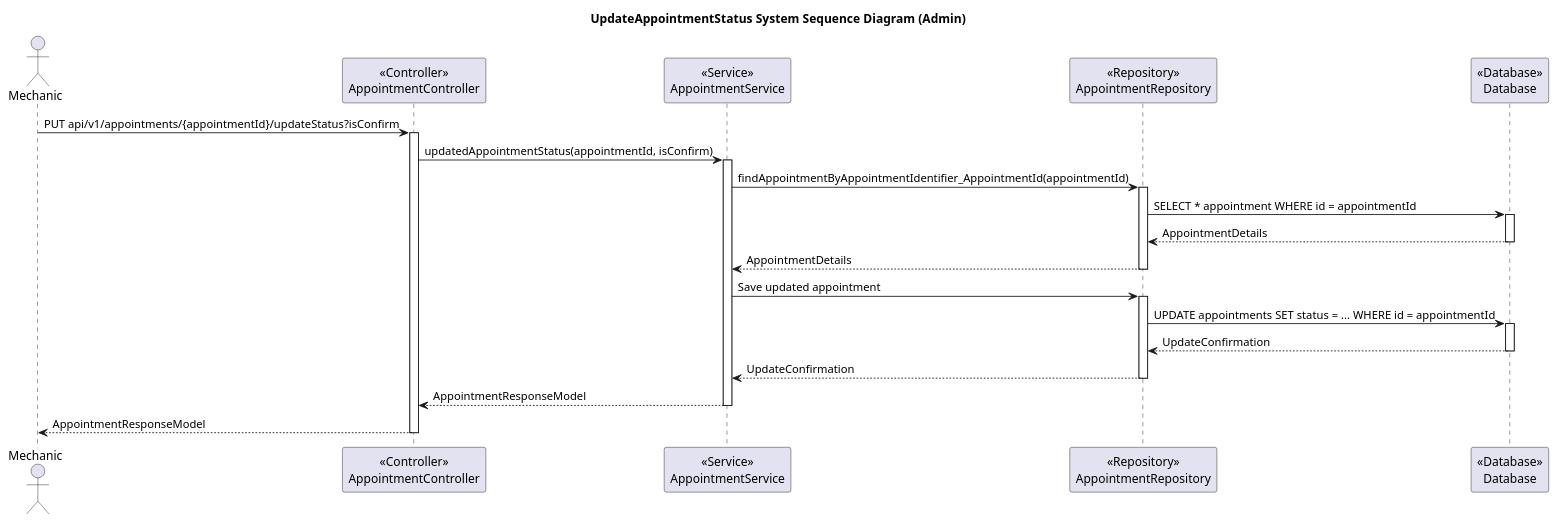
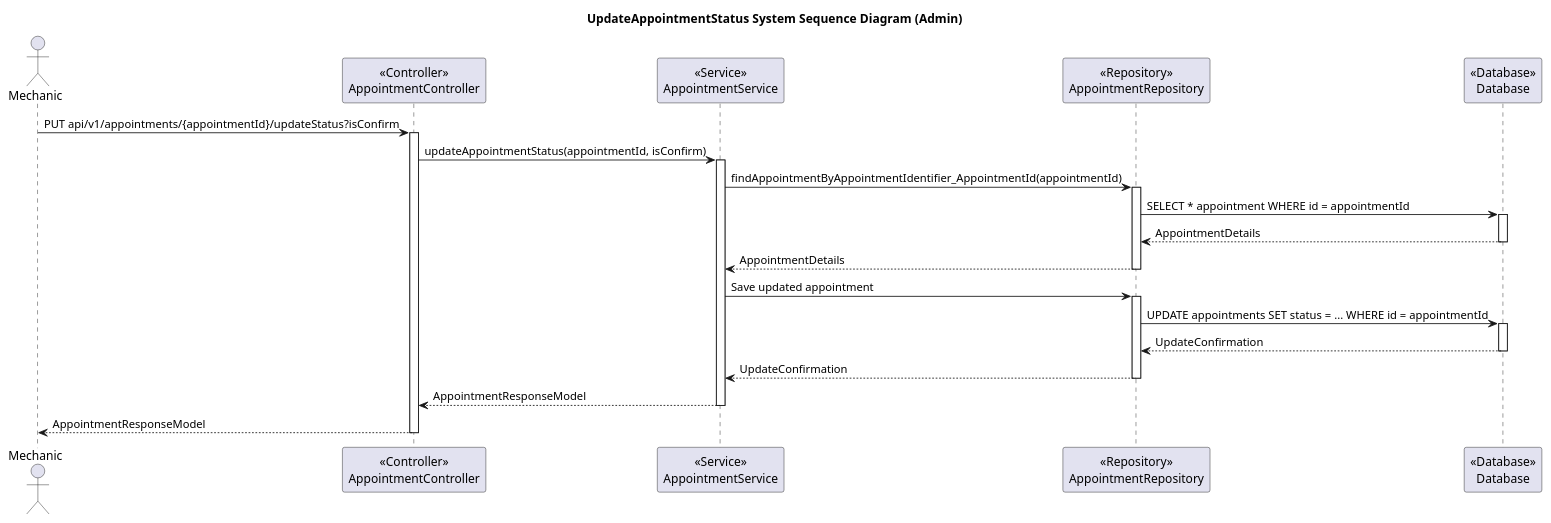
Before and after one commit to Iantomasi/ateliermecanique-ws: the diagram in diagrams/1-mechanic/Appointments/UpdateAppointmentStatus/1-UpdateAppointmentStatusSystemSequenceDiagram.puml, drawn with PlantUML. The commit also changed 52 other files, not shown here.

```diff
--- a/diagrams/1-mechanic/Appointments/UpdateAppointmentStatus/1-UpdateAppointmentStatusSystemSequenceDiagram.puml
+++ b/diagrams/1-mechanic/Appointments/UpdateAppointmentStatus/1-UpdateAppointmentStatusSystemSequenceDiagram.puml
@@ -1,46 +1,46 @@
 @startuml
 title UpdateAppointmentStatus System Sequence Diagram (Admin)
 
 actor Mechanic
 
 participant AppointmentController as "<<Controller>>\nAppointmentController"
 participant AppointmentService as "<<Service>>\nAppointmentService"
 participant AppointmentRepository as "<<Repository>>\nAppointmentRepository"
 participant Database as "<<Database>>\nDatabase"
 
 Mechanic -> AppointmentController: PUT api/v1/appointments/{appointmentId}/updateStatus?isConfirm
 activate AppointmentController
 
-AppointmentController -> AppointmentService: updatedAppointmentStatus(appointmentId, isConfirm)
+AppointmentController -> AppointmentService: updateAppointmentStatus(appointmentId, isConfirm)
 activate AppointmentService
 
 AppointmentService -> AppointmentRepository: findAppointmentByAppointmentIdentifier_AppointmentId(appointmentId)
 activate AppointmentRepository
 
 AppointmentRepository -> Database: SELECT * appointment WHERE id = appointmentId
 activate Database
 
 Database --> AppointmentRepository: AppointmentDetails
 deactivate Database
 
 AppointmentRepository --> AppointmentService: AppointmentDetails
 deactivate AppointmentRepository
 
 AppointmentService -> AppointmentRepository: Save updated appointment
 activate AppointmentRepository
 
 AppointmentRepository -> Database: UPDATE appointments SET status = ... WHERE id = appointmentId
 activate Database
 
 Database --> AppointmentRepository: UpdateConfirmation
 deactivate Database
 
 AppointmentRepository --> AppointmentService: UpdateConfirmation
 deactivate AppointmentRepository
 
 AppointmentService --> AppointmentController: AppointmentResponseModel
 deactivate AppointmentService
 
 AppointmentController --> Mechanic: AppointmentResponseModel
 deactivate AppointmentController
 @enduml
```
